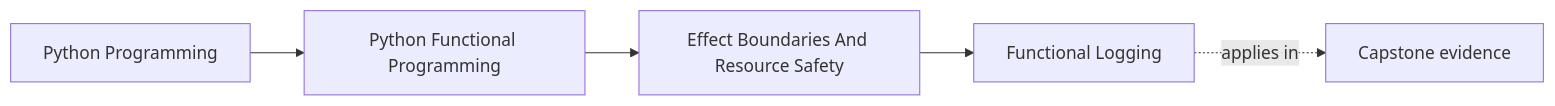
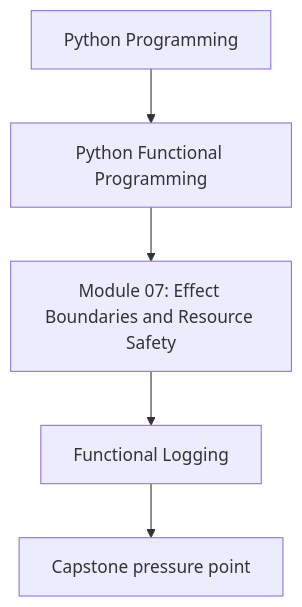
The first of 2 diagrams in programs/python-programming/python-functional-programming/course-book/module-07-effect-boundaries-and-resource-safety/functional-logging.md (bijux/bijux-masterclass), drawn with Mermaid before and after one commit. The commit also changed other lines of this file and 118 other files, not shown here.

Commit message:
docs(python-functional-programming): align concept page diagrams

````diff
--- a/programs/python-programming/python-functional-programming/course-book/module-07-effect-boundaries-and-resource-safety/functional-logging.md
+++ b/programs/python-programming/python-functional-programming/course-book/module-07-effect-boundaries-and-resource-safety/functional-logging.md
@@ -7,11 +7,7 @@
 ```mermaid
-graph LR
-  family["Python Programming"]
-  program["Python Functional Programming"]
-  section["Effect Boundaries And Resource Safety"]
-  page["Functional Logging"]
-  capstone["Capstone evidence"]
-
-  family --> program --> section --> page
-  page -.applies in.-> capstone
+flowchart TD
+  family["Python Programming"] --> program["Python Functional Programming"]
+  program --> module["Module 07: Effect Boundaries and Resource Safety"]
+  module --> concept["Functional Logging"]
+  concept --> capstone["Capstone pressure point"]
 ```
````
